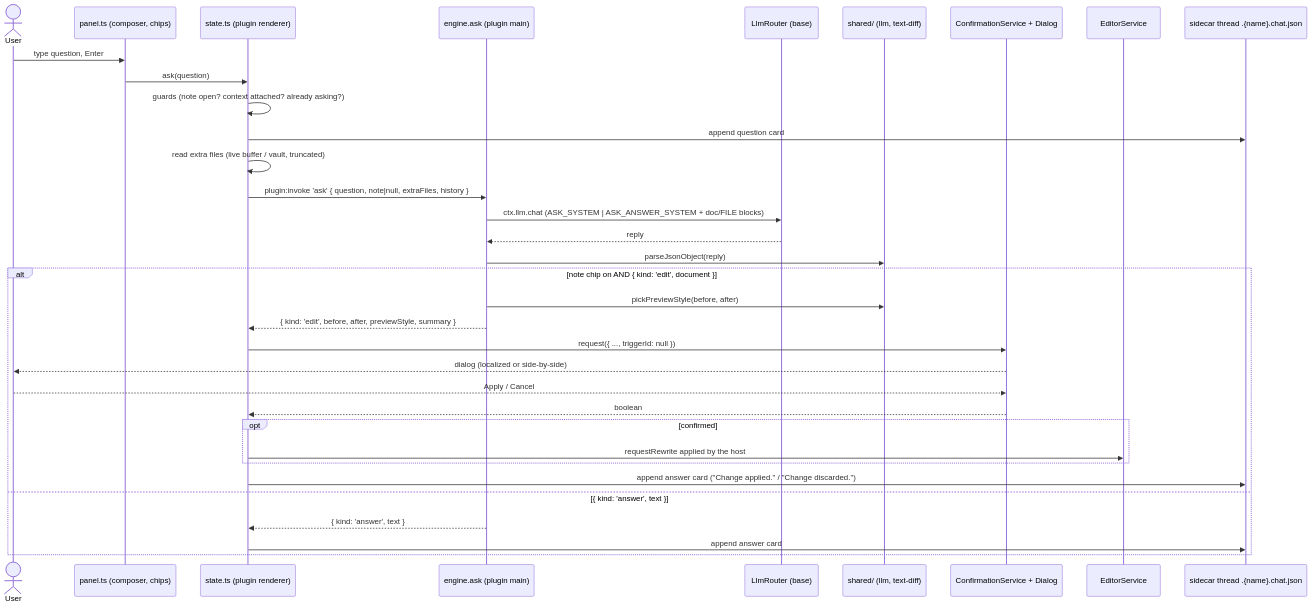
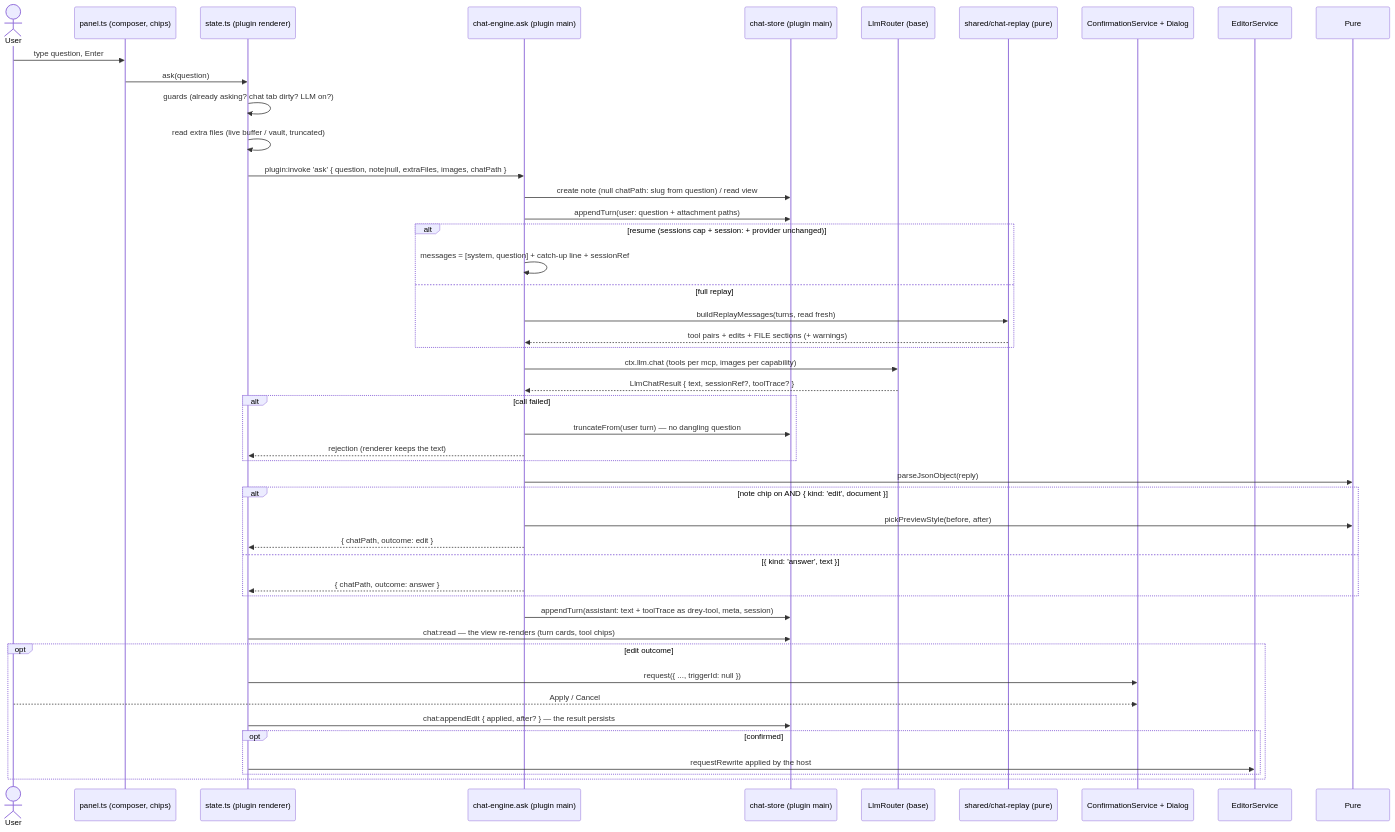
The seventh of 36 diagrams in docs/06_runtime_view.md (HenrikPuls/Drey), drawn with Mermaid before and after one commit. The commit also changed other lines of this file and 47 other files, not shown here.

````diff
--- a/docs/06_runtime_view.md
+++ b/docs/06_runtime_view.md
@@ -426,37 +425,49 @@
 ```mermaid
 sequenceDiagram
     actor User
     participant Panel as panel.ts (composer, chips)
     participant State as state.ts (plugin renderer)
-    participant Engine as engine.ask (plugin main)
+    participant Engine as chat-engine.ask (plugin main)
+    participant Store as chat-store (plugin main)
     participant LM as LlmRouter (base)
-    participant Pure as shared/ (llm, text-diff)
+    participant Replay as shared/chat-replay (pure)
     participant Confirm as ConfirmationService + Dialog
     participant EditorService
-    participant Store as sidecar thread .{name}.chat.json
 
     User->>Panel: type question, Enter
     Panel->>State: ask(question)
-    State->>State: guards (note open? context attached? already asking?)
-    State->>Store: append question card
+    State->>State: guards (already asking? chat tab dirty? LLM on?)
     State->>State: read extra files (live buffer / vault, truncated)
-    State->>Engine: plugin:invoke 'ask' { question, note|null, extraFiles, history }
-    Engine->>LM: ctx.llm.chat (ASK_SYSTEM | ASK_ANSWER_SYSTEM + doc/FILE blocks)
-    LM-->>Engine: reply
+    State->>Engine: plugin:invoke 'ask' { question, note|null, extraFiles, images, chatPath }
+    Engine->>Store: create note (null chatPath: slug from question) / read view
+    Engine->>Store: appendTurn(user: question + attachment paths)
+    alt resume (sessions cap + session: + provider unchanged)
+        Engine->>Engine: messages = [system, question] + catch-up line + sessionRef
+    else full replay
+        Engine->>Replay: buildReplayMessages(turns, read fresh)
+        Replay-->>Engine: tool pairs + edits + FILE sections (+ warnings)
+    end
+    Engine->>LM: ctx.llm.chat (tools per mcp, images per capability)
+    LM-->>Engine: LlmChatResult { text, sessionRef?, toolTrace? }
+    alt call failed
+        Engine->>Store: truncateFrom(user turn) — no dangling question
+        Engine-->>State: rejection (renderer keeps the text)
+    end
     Engine->>Pure: parseJsonObject(reply)
     alt note chip on AND { kind: 'edit', document }
         Engine->>Pure: pickPreviewStyle(before, after)
-        Engine-->>State: { kind: 'edit', before, after, previewStyle, summary }
+        Engine-->>State: { chatPath, outcome: edit }
+    else { kind: 'answer', text }
+        Engine-->>State: { chatPath, outcome: answer }
+    end
+    Engine->>Store: appendTurn(assistant: text + toolTrace as drey-tool, meta, session)
+    State->>Store: chat:read — the view re-renders (turn cards, tool chips)
+    opt edit outcome
         State->>Confirm: request({ ..., triggerId: null })
-        Confirm-->>User: dialog (localized or side-by-side)
         User-->>Confirm: Apply / Cancel
-        Confirm-->>State: boolean
+        State->>Store: chat:appendEdit { applied, after? } — the result persists
         opt confirmed
             State->>EditorService: requestRewrite applied by the host
         end
-        State->>Store: append answer card ("Change applied." / "Change discarded.")
-    else { kind: 'answer', text }
-        Engine-->>State: { kind: 'answer', text }
-        State->>Store: append answer card
     end
 ```
````
